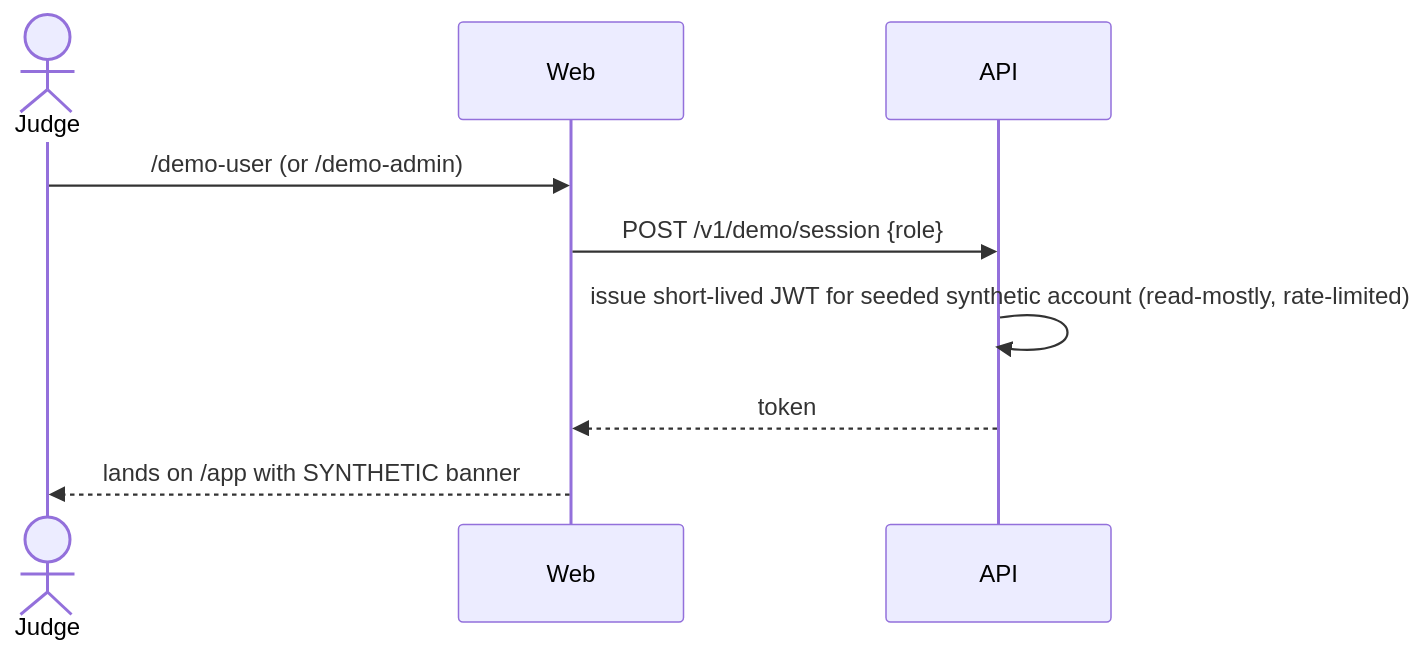
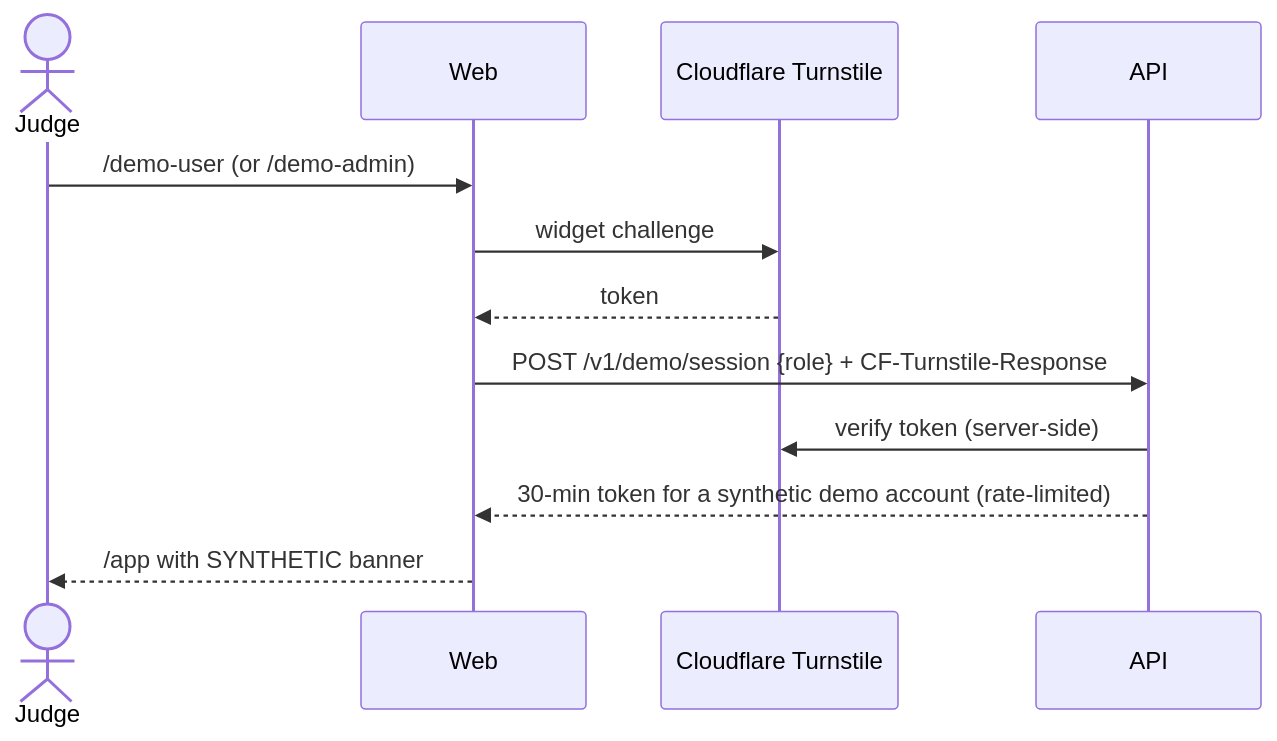
One commit to muhtasim-apon/Infinity_AI_Buildfest changed the fourth of 5 diagrams in cropguardian/docs/architecture/sequence-diagrams.md. Above: the diagram before and after it, drawn with Mermaid. The commit also changed other lines of this file and 221 other files, not shown here.

````diff
--- a/cropguardian/docs/architecture/sequence-diagrams.md
+++ b/cropguardian/docs/architecture/sequence-diagrams.md
@@ -85,11 +71,14 @@
 ```mermaid
 sequenceDiagram
   actor Judge
   participant Web
+  participant TS as Cloudflare Turnstile
   participant API
-  Judge->>Web: /demo-user  (or /demo-admin)
-  Web->>API: POST /v1/demo/session {role}
-  API->>API: issue short-lived JWT for seeded synthetic account (read-mostly, rate-limited)
-  API-->>Web: token
-  Web-->>Judge: lands on /app with SYNTHETIC banner
+  Judge->>Web: /demo-user (or /demo-admin)
+  Web->>TS: widget challenge
+  TS-->>Web: token
+  Web->>API: POST /v1/demo/session {role} + CF-Turnstile-Response
+  API->>TS: verify token (server-side)
+  API-->>Web: 30-min token for a synthetic demo account (rate-limited)
+  Web-->>Judge: /app with SYNTHETIC banner
 ```
````
